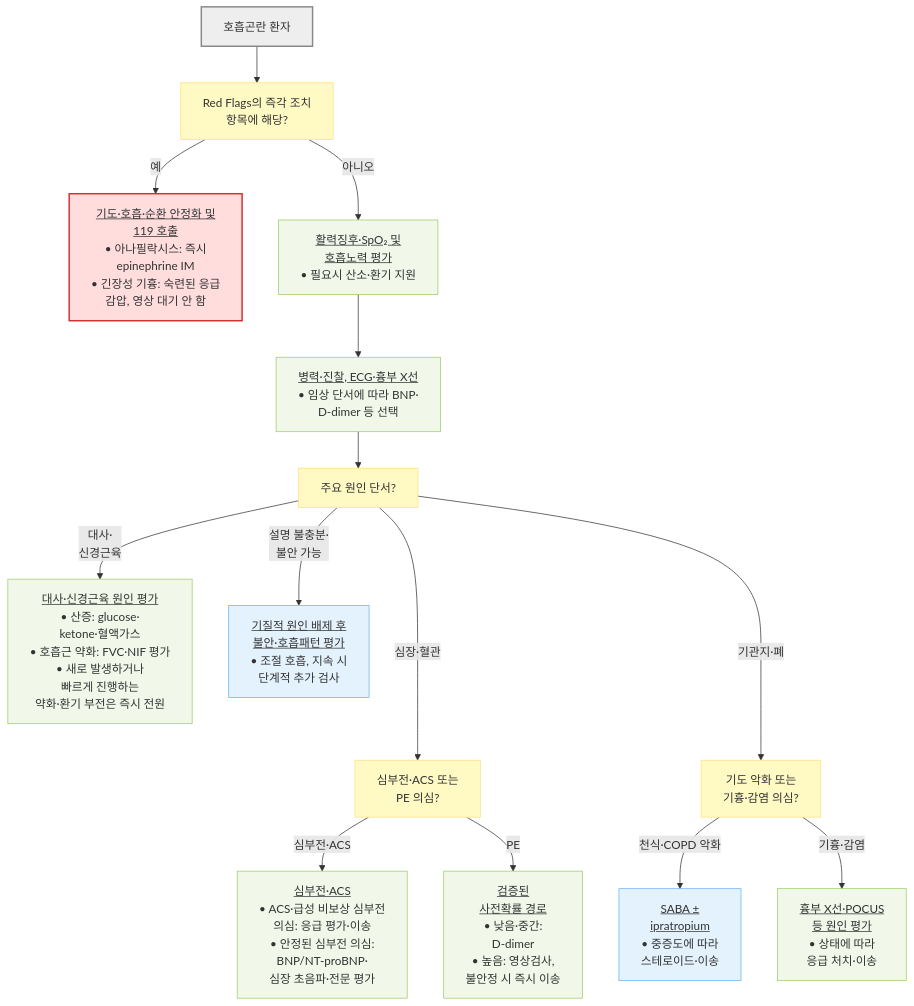
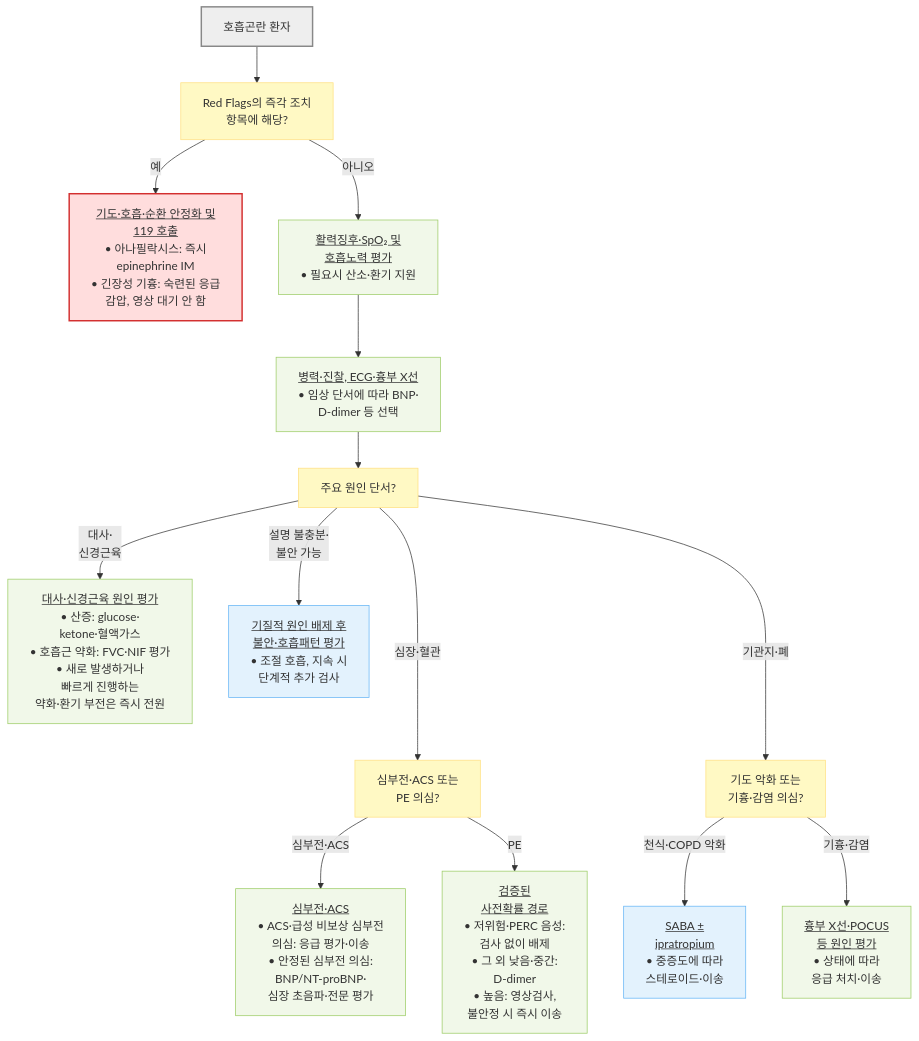
One commit to familyoh77/familyoh77 changed the diagram in 220_/007_-dyspnea.md. Above: the diagram before and after it, drawn with Mermaid. The commit also changed other lines of this file and 5 other files, not shown here.

````diff
--- a/220_/007_-dyspnea.md
+++ b/220_/007_-dyspnea.md
@@ -349,26 +351,26 @@
 ```mermaid
 flowchart TD
     A["호흡곤란 환자"] --> B["Red Flags의 즉각 조치 <br/>항목에 해당?"]
     B -- "예" --> C["<u>기도·호흡·순환 안정화 및 <br/>119 호출</u><br/>• 아나필락시스: 즉시 <br/>epinephrine IM<br/>• 긴장성 기흉: 숙련된 응급 <br/>감압, 영상 대기 안 함"]
     B -- "아니오" --> D["<u>활력징후·SpO₂ 및 <br/>호흡노력 평가</u><br/>• 필요시 산소·환기 지원"]
     D --> F["<u>병력·진찰, ECG·흉부 X선</u><br/>• 임상 단서에 따라 BNP·<br/>D-dimer 등 선택"]
     F --> G["주요 원인 단서?"]
     G -- "심장·혈관" ---> H["심부전·ACS 또는 <br/>PE 의심?"]
     H -- "심부전·ACS" --> H2["<u>심부전·ACS</u><br/>• ACS·급성 비보상 심부전 <br/>의심: 응급 평가·이송<br/>• 안정된 심부전 의심:<br/>BNP/NT-proBNP·<br/>심장 초음파·전문 평가"]
-    H -- "PE" --> J["<u>검증된 <br/>사전확률 경로</u><br/>• 낮음·중간: <br/>D-dimer<br/>• 높음: 영상검사, <br/>불안정 시 즉시 이송"]
+    H -- "PE" --> J["<u>검증된 <br/>사전확률 경로</u><br/>• 저위험·PERC 음성: <br/>검사 없이 배제<br/>• 그 외 낮음·중간: <br/>D-dimer<br/>• 높음: 영상검사, <br/>불안정 시 즉시 이송"]
     G -- "기관지·폐" ---> I["기도 악화 또는 <br/>기흉·감염 의심?"]
     I -- "천식·COPD 악화" --> I2["<u>SABA ± <br/>ipratropium</u><br/>• 중증도에 따라 <br/>스테로이드·이송"]
     I -- "기흉·감염" --> N["<u>흉부 X선·POCUS <br/>등 원인 평가</u><br/>• 상태에 따라 <br/>응급 처치·이송"]
     G -- "대사·<br/>신경근육" --> K["<u>대사·신경근육 원인 평가</u><br/>• 산증: glucose·<br/>ketone·혈액가스<br/>• 호흡근 약화: FVC·NIF 평가<br/>• 새로 발생하거나 <br/>빠르게 진행하는 <br/>약화·환기 부전은 즉시 전원"]
     G -- "설명 불충분·<br/>불안 가능" --> L["<u>기질적 원인 배제 후 <br/>불안·호흡패턴 평가</u><br/>• 조절 호흡, 지속 시 <br/>단계적 추가 검사"]
     classDef start fill:#eeeeee,stroke:#888888,stroke-width:2px
     classDef question fill:#fff9c4,stroke:#ffe082
     classDef emergency fill:#ffdddd,stroke:#d32f2f,stroke-width:2px
     classDef evaluation fill:#f1f8e9,stroke:#9ccc65
     classDef treatment fill:#e3f2fd,stroke:#64b5f6
     class A start
     class B,G,H,I question
     class C emergency
     class D,F,J,N,H2,K evaluation
     class I2,L treatment
 ```
````
